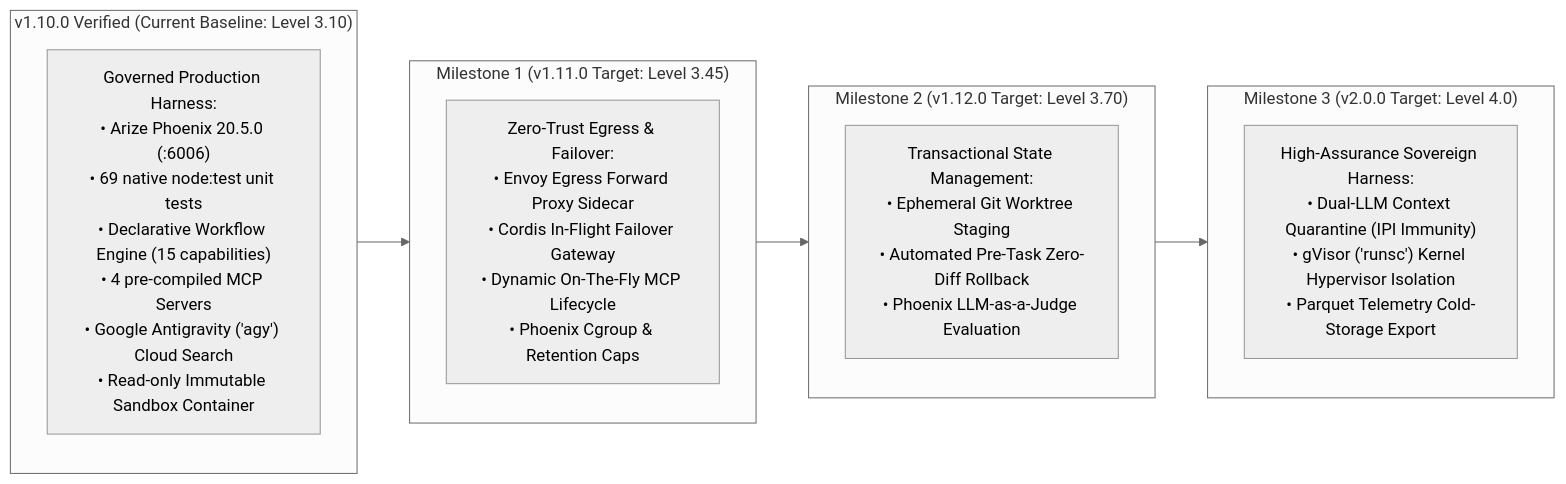
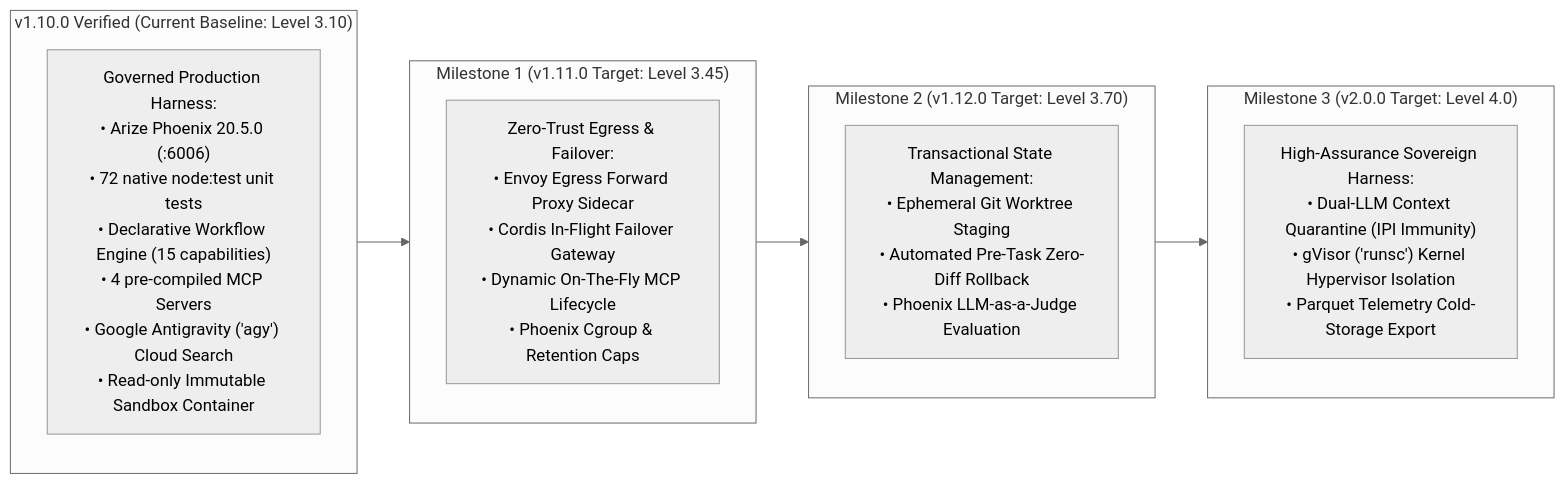
Before and after one commit to hdjebar/DSH-DDS: the fifth of 5 diagrams in docs/future-development/SOTA-ResearchReport-ProductionArch.md, drawn with Mermaid (neutral theme). The commit also changed other lines of this file and 10 other files, not shown here.

````diff
--- a/docs/future-development/SOTA-ResearchReport-ProductionArch.md
+++ b/docs/future-development/SOTA-ResearchReport-ProductionArch.md
@@ -379,24 +379,24 @@
 ```mermaid
 flowchart LR
     subgraph V110["v1.10.0 Verified (Current Baseline: Level 3.10)"]
         direction TB
-        B1["Governed Production Harness:<br/>• Arize Phoenix 20.5.0 (:6006)<br/>• 69 native node:test unit tests<br/>• Declarative Workflow Engine (15 capabilities)<br/>• 4 pre-compiled MCP Servers<br/>• Google Antigravity ('agy') Cloud Search<br/>• Read-only Immutable Sandbox Container"]
+        B1["Governed Production Harness:<br/>• Arize Phoenix 20.5.0 (:6006)<br/>• 72 native node:test unit tests<br/>• Declarative Workflow Engine (15 capabilities)<br/>• 4 pre-compiled MCP Servers<br/>• Google Antigravity ('agy') Cloud Search<br/>• Read-only Immutable Sandbox Container"]
     end
 
     subgraph V111["Milestone 1 (v1.11.0 Target: Level 3.45)"]
         direction TB
         T1["Zero-Trust Egress & Failover:<br/>• Envoy Egress Forward Proxy Sidecar<br/>• Cordis In-Flight Failover Gateway<br/>• Dynamic On-The-Fly MCP Lifecycle<br/>• Phoenix Cgroup & Retention Caps"]
     end
 
     subgraph V112["Milestone 2 (v1.12.0 Target: Level 3.70)"]
         direction TB
         T2["Transactional State Management:<br/>• Ephemeral Git Worktree Staging<br/>• Automated Pre-Task Zero-Diff Rollback<br/>• Phoenix LLM-as-a-Judge Evaluation"]
     end
 
     subgraph V200["Milestone 3 (v2.0.0 Target: Level 4.0)"]
         direction TB
         T3["High-Assurance Sovereign Harness:<br/>• Dual-LLM Context Quarantine (IPI Immunity)<br/>• gVisor ('runsc') Kernel Hypervisor Isolation<br/>• Parquet Telemetry Cold-Storage Export"]
     end
 
     V110 --> V111 --> V112 --> V200
 ```
````
